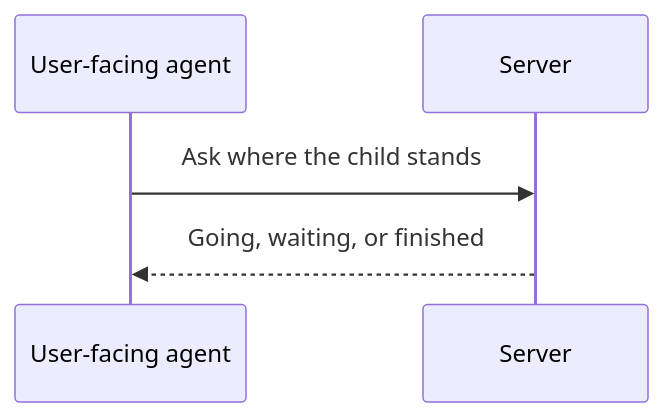
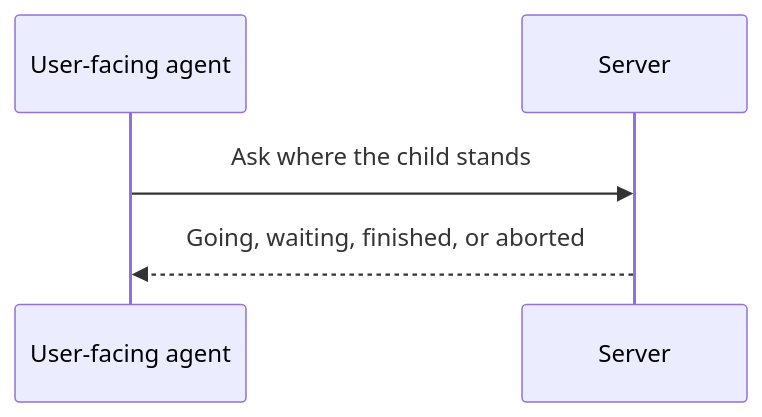
Before and after one commit to m2ux/workflow-server: diagram 13 of 18 in docs/dispatch.md, drawn with Mermaid. The commit also changed other lines of this file and 13 other files, not shown here.

````diff
--- a/docs/dispatch.md
+++ b/docs/dispatch.md
@@ -231,7 +231,7 @@
 ```mermaid
 sequenceDiagram
   participant UserFacing as User-facing agent
   participant Server
   UserFacing->>Server: Ask where the child stands
-  Server-->>UserFacing: Going, waiting, or finished
+  Server-->>UserFacing: Going, waiting, finished, or aborted
 ```
````
